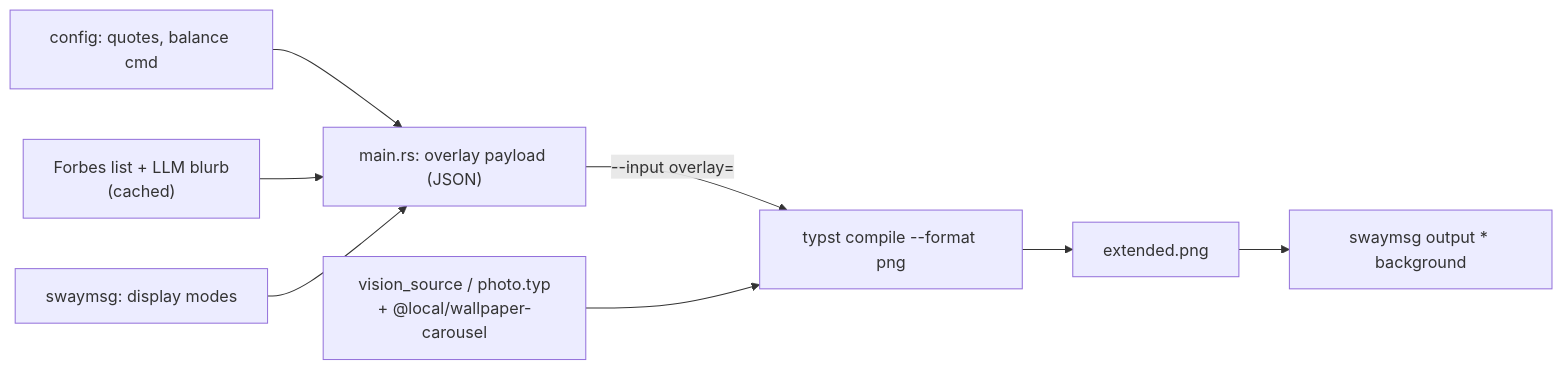
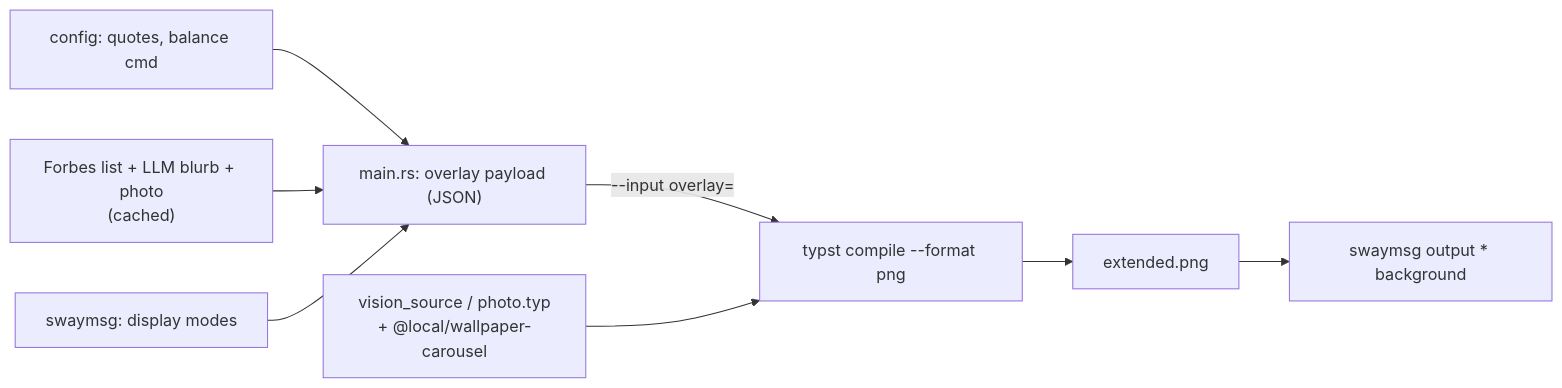
One commit to valeratrades/wallpaper_carousel changed the diagram in docs/ARCHITECTURE.md. Above: the diagram before and after it, drawn with Mermaid. The commit also changed other lines of this file and 4 other files, not shown here.

First line of the commit message:
cl/feat: photo of the spotlighted billionaire next to their blurb

````diff
--- a/docs/ARCHITECTURE.md
+++ b/docs/ARCHITECTURE.md
@@ -6,9 +6,9 @@
 ```mermaid
 flowchart LR
     Q["config: quotes, balance cmd"] --> P
-    F["Forbes list + LLM blurb<br/>(cached)"] --> P
+    F["Forbes list + LLM blurb + photo<br/>(cached)"] --> P
     D["swaymsg: display modes"] --> P
     P["main.rs: overlay payload (JSON)"] -->|--input overlay=| T
     V["vision_source / photo.typ<br/>+ @local/wallpaper-carousel"] --> T
     T["typst compile --format png"] --> W["extended.png"] --> S["swaymsg output * background"]
 ```
````
